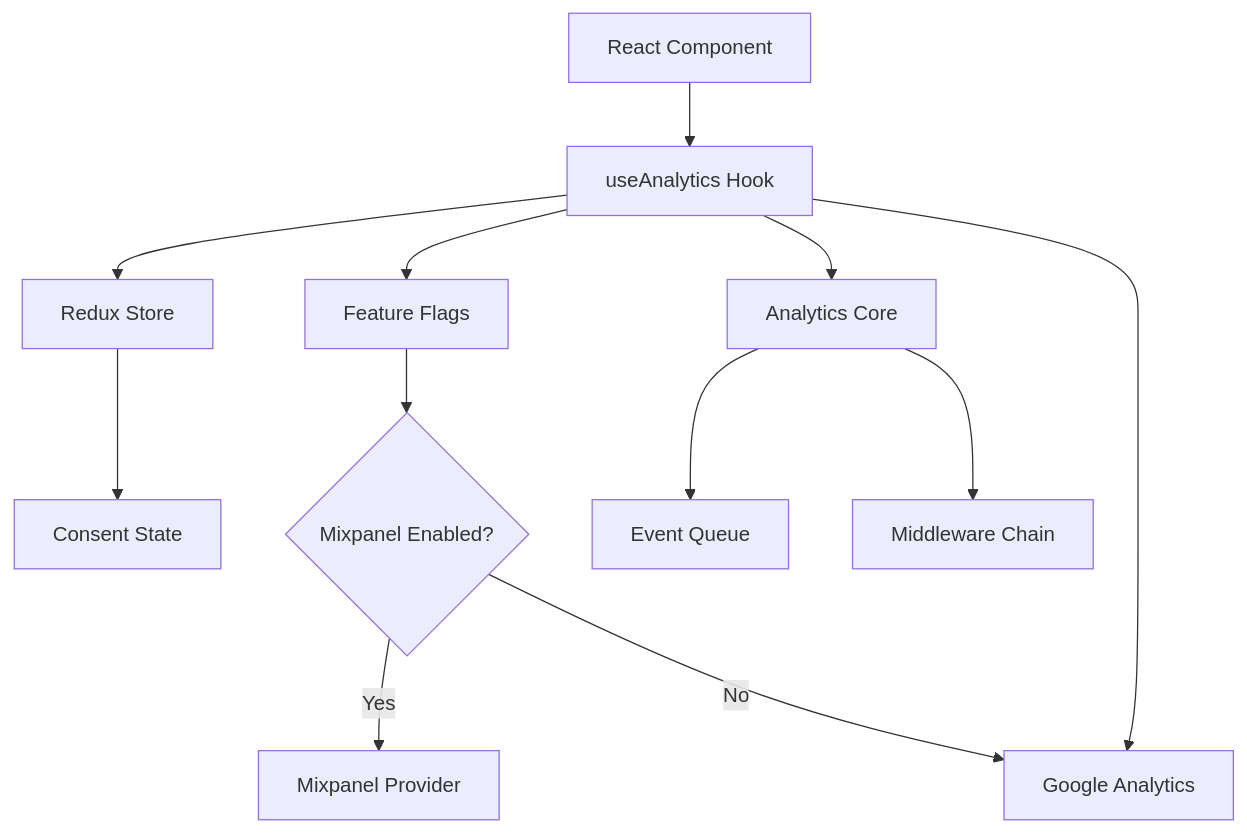
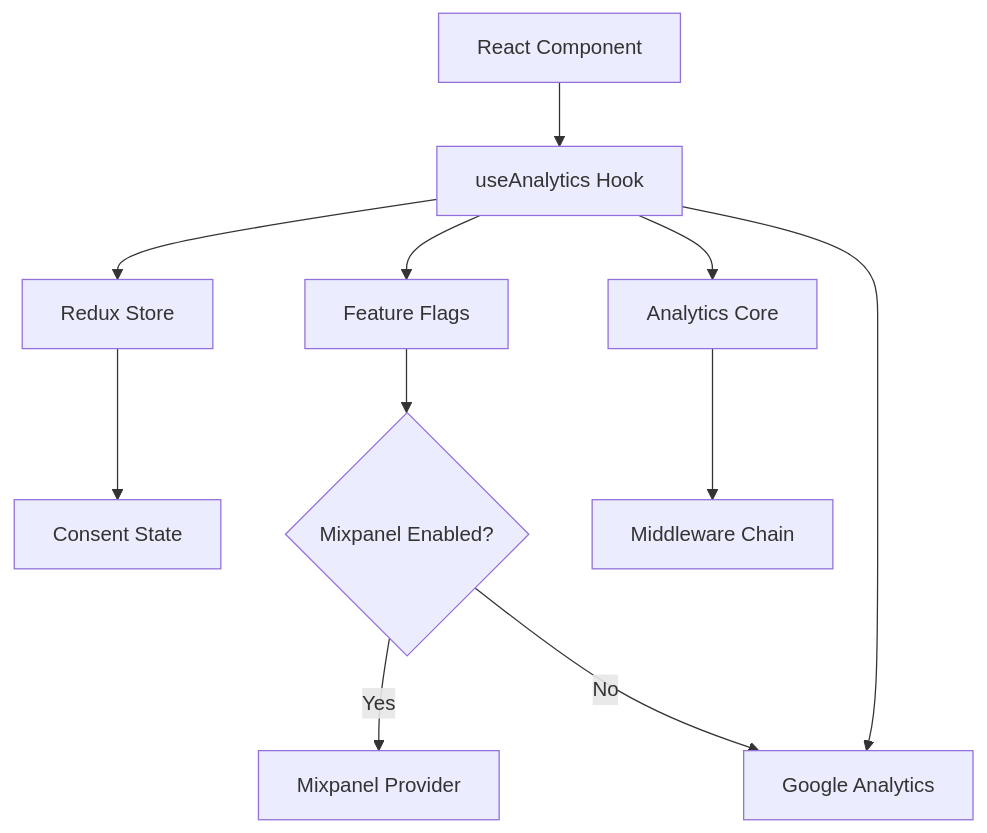
The third of 9 diagrams in docs/analytics-architecture.md (safe-global/safe-wallet-monorepo), drawn with Mermaid before and after one commit. The commit also changed other lines of this file and 5 other files, not shown here.

First line of the commit message:
refactor(analytics): Remove queue functionality from analytics core

````diff
--- a/docs/analytics-architecture.md
+++ b/docs/analytics-architecture.md
@@ -378,17 +372,16 @@
 ```mermaid
 graph TB
     Component[React Component] --> Hook[useAnalytics Hook]
     Hook --> Store[Redux Store]
     Hook --> Features[Feature Flags]
     Hook --> Analytics[Analytics Core]
-    
+
     Store --> Consent[Consent State]
     Features --> Mixpanel{Mixpanel Enabled?}
-    
+
     Hook --> GAProvider[Google Analytics]
     Mixpanel -->|Yes| MPProvider[Mixpanel Provider]
     Mixpanel -->|No| GAProvider
-    
-    Analytics --> Queue[Event Queue]
+
     Analytics --> Middleware[Middleware Chain]
 ```
````
